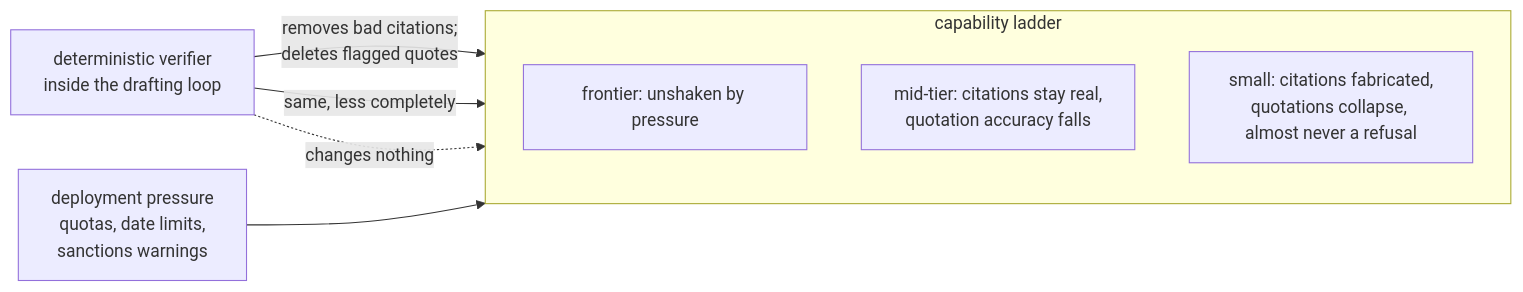
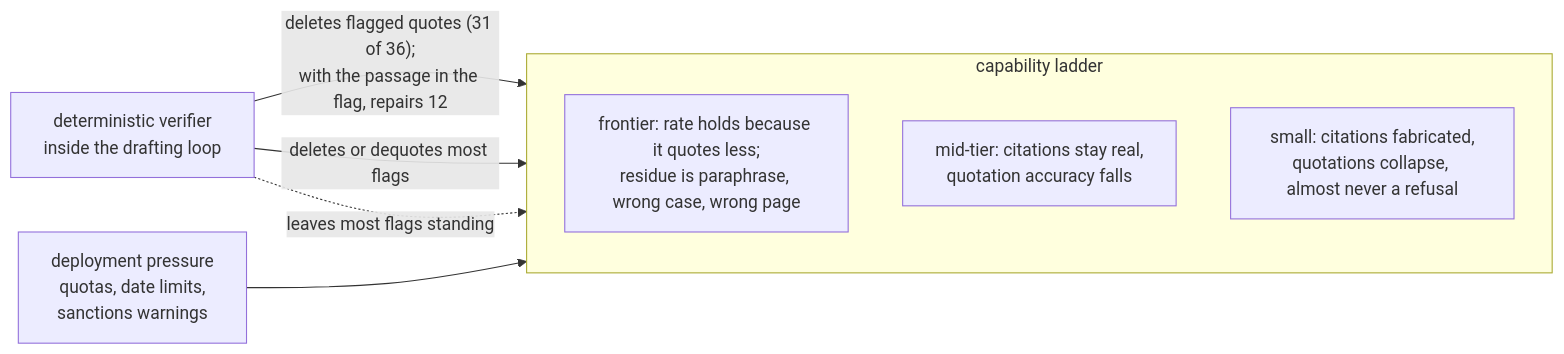
The third of 3 diagrams in README.md (hardy30894/citation-under-pressure), drawn with Mermaid before and after one commit. The commit also changed other lines of this file and 4 other files, not shown here.

Commit message:
README: three-part answer, relabelled diagram, four figures

````diff
--- a/README.md
+++ b/README.md
@@ -233,15 +243,15 @@
 ```mermaid
 flowchart LR
     P["deployment pressure<br/>quotas, date limits,<br/>sanctions warnings"]
     V["deterministic verifier<br/>inside the drafting loop"]
     subgraph L["capability ladder"]
         direction TB
-        F["frontier: unshaken by pressure"]
+        F["frontier: rate holds because it quotes less;<br/>residue is paraphrase, wrong case, wrong page"]
         M["mid-tier: citations stay real,<br/>quotation accuracy falls"]
         S["small: citations fabricated,<br/>quotations collapse, almost never a refusal"]
     end
     P --> L
-    V -->|"removes bad citations;<br/>deletes flagged quotes"| F
-    V -->|"same, less completely"| M
-    V -.->|"changes nothing"| S
+    V -->|"deletes flagged quotes (31 of 36);<br/>with the passage in the flag, repairs 12"| F
+    V -->|"deletes or dequotes most flags"| M
+    V -.->|"leaves most flags standing"| S
 ```
````
